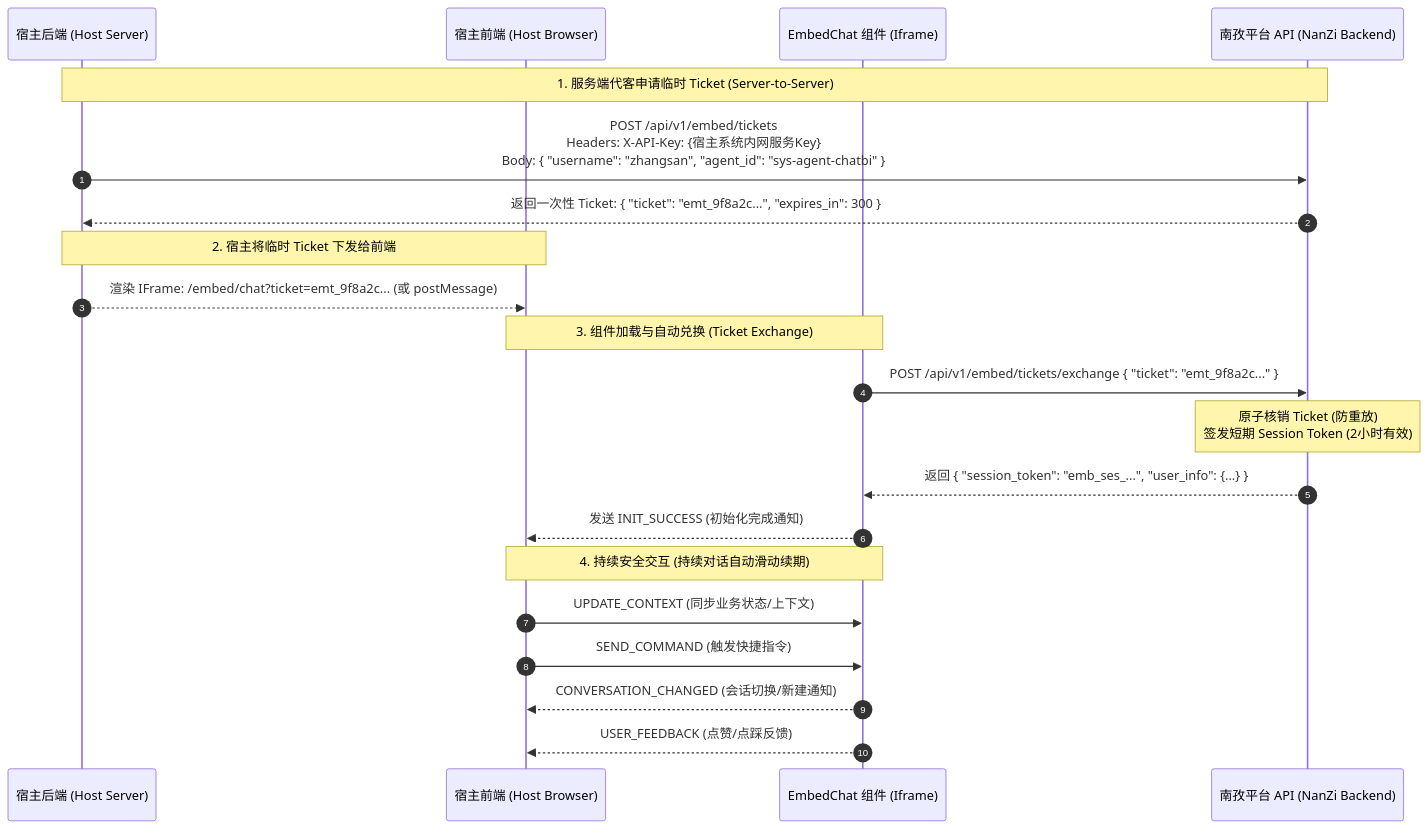
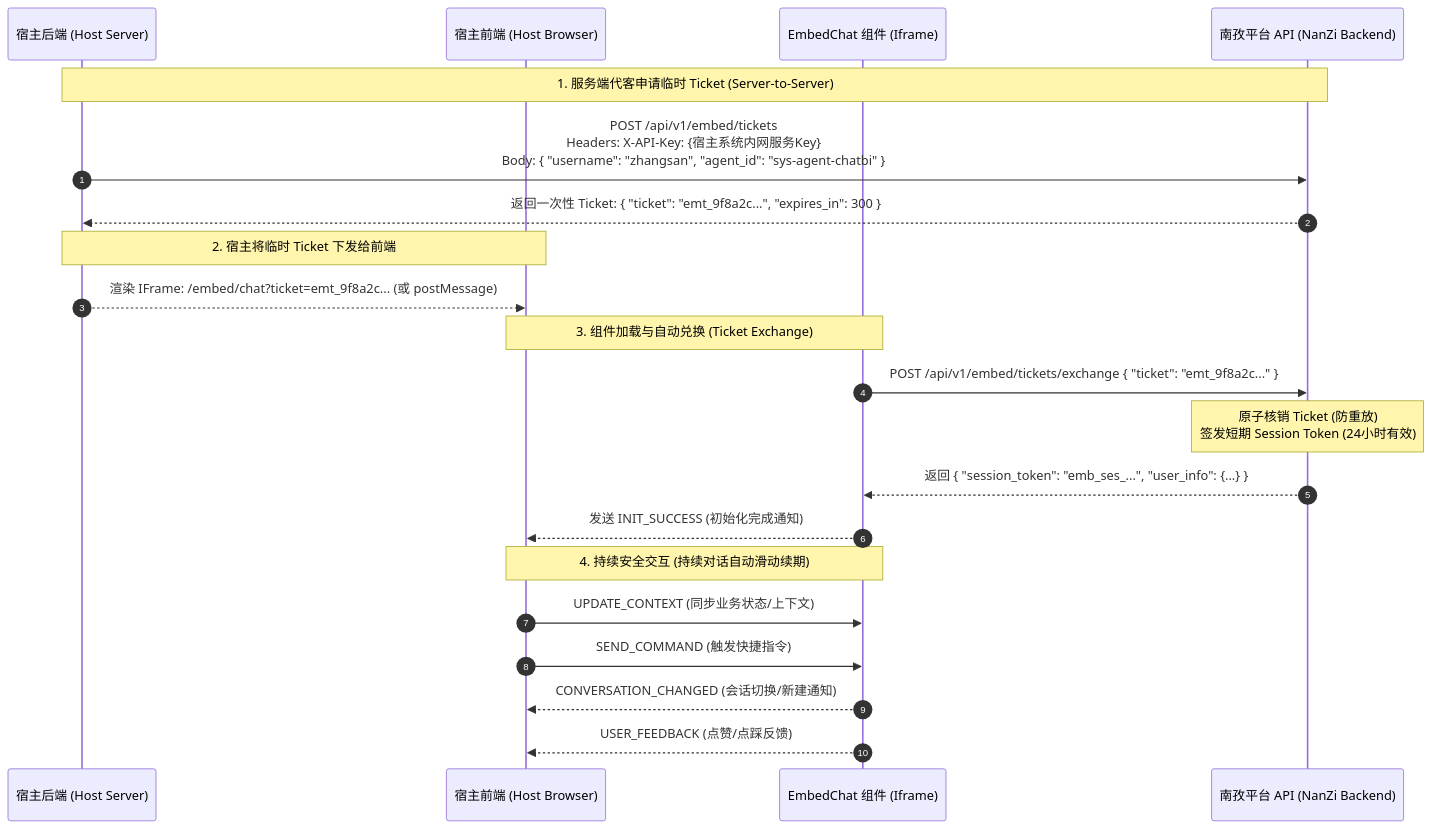
One commit to CandyACE/nanzi-ai-agent-platform changed the diagram in docs/md/embed_integration_guide.md. Above: the diagram before and after it, drawn with Mermaid. The commit also changed other lines of this file and 7 other files, not shown here.

````diff
--- a/docs/md/embed_integration_guide.md
+++ b/docs/md/embed_integration_guide.md
@@ -25,27 +25,27 @@
 ```mermaid
 sequenceDiagram
     autonumber
     participant S as 宿主后端 (Host Server)
     participant H as 宿主前端 (Host Browser)
     participant W as EmbedChat 组件 (Iframe)
     participant A as 南孜平台 API (NanZi Backend)
 
     Note over S, A: 1. 服务端代客申请临时 Ticket (Server-to-Server)
     S->>A: POST /api/v1/embed/tickets<br/>Headers: X-API-Key: {宿主系统内网服务Key}<br/>Body: { "username": "zhangsan", "agent_id": "sys-agent-chatbi" }
     A-->>S: 返回一次性 Ticket: { "ticket": "emt_9f8a2c...", "expires_in": 300 }
 
     Note over S, H: 2. 宿主将临时 Ticket 下发给前端
     S-->>H: 渲染 IFrame: /embed/chat?ticket=emt_9f8a2c... (或 postMessage)
 
     Note over H, W: 3. 组件加载与自动兑换 (Ticket Exchange)
     W->>A: POST /api/v1/embed/tickets/exchange { "ticket": "emt_9f8a2c..." }
-    Note over A: 原子核销 Ticket (防重放)<br/>签发短期 Session Token (2小时有效)
+    Note over A: 原子核销 Ticket (防重放)<br/>签发短期 Session Token (24小时有效)
     A-->>W: 返回 { "session_token": "emb_ses_...", "user_info": {...} }
     W-->>H: 发送 INIT_SUCCESS (初始化完成通知)
 
     Note over H, W: 4. 持续安全交互 (持续对话自动滑动续期)
     H->>W: UPDATE_CONTEXT (同步业务状态/上下文)
     H->>W: SEND_COMMAND (触发快捷指令)
     W-->>H: CONVERSATION_CHANGED (会话切换/新建通知)
     W-->>H: USER_FEEDBACK (点赞/点踩反馈)
 ```
````
